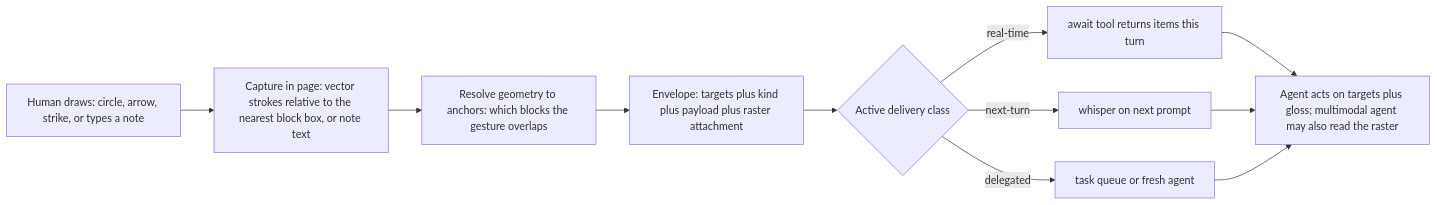
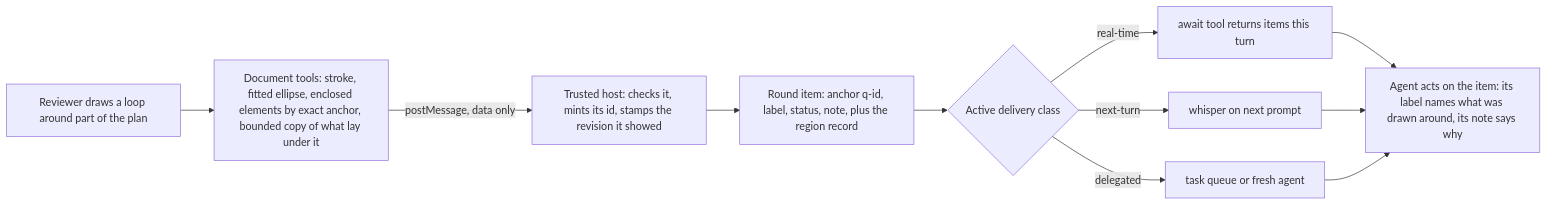
Before and after one commit to sageox/ox: the second of 2 diagrams in docs/adr/ADR-025-plan-annotation-and-feedback-delivery.md, drawn with Mermaid. The commit also changed other lines of this file and 38 other files, not shown here.

First line of the commit message:
feat(plan-review): Draw around, in the shared package and ox's page

````diff
--- a/docs/adr/ADR-025-plan-annotation-and-feedback-delivery.md
+++ b/docs/adr/ADR-025-plan-annotation-and-feedback-delivery.md
@@ -138,13 +141,13 @@
 ```mermaid
 flowchart LR
-  H["Human draws: circle, arrow, strike, or types a note"] --> CAP["Capture in page: vector strokes relative to the nearest block box, or note text"]
-  CAP --> RES["Resolve geometry to anchors: which blocks the gesture overlaps"]
-  RES --> ENV["Envelope: targets plus kind plus payload plus raster attachment"]
-  ENV --> CH{"Active delivery class"}
+  H["Reviewer draws a loop around part of the plan"] --> CAP["Document tools: stroke, fitted ellipse, enclosed elements by exact anchor, bounded copy of what lay under it"]
+  CAP -->|"postMessage, data only"| HOST["Trusted host: checks it, mints its id, stamps the revision it showed"]
+  HOST --> ITEM["Round item: anchor q-id, label, status, note, plus the region record"]
+  ITEM --> CH{"Active delivery class"}
   CH -->|real-time| RT["await tool returns items this turn"]
   CH -->|next-turn| NT["whisper on next prompt"]
   CH -->|delegated| DG["task queue or fresh agent"]
-  RT --> AG["Agent acts on targets plus gloss; multimodal agent may also read the raster"]
+  RT --> AG["Agent acts on the item: its label names what was drawn around, its note says why"]
   NT --> AG
   DG --> AG
 ```
````
